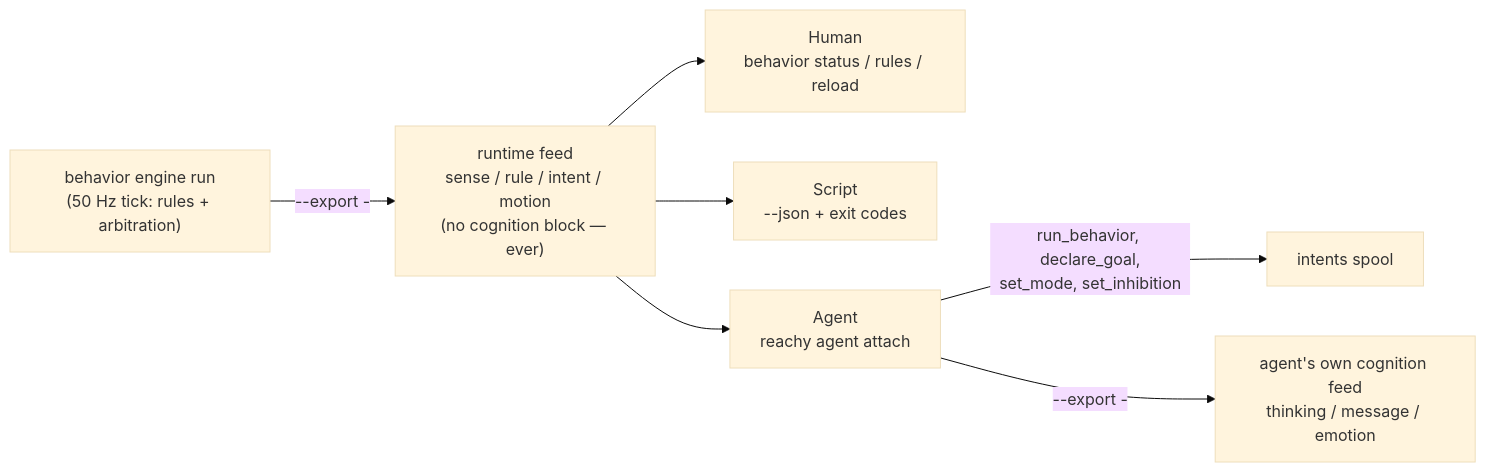
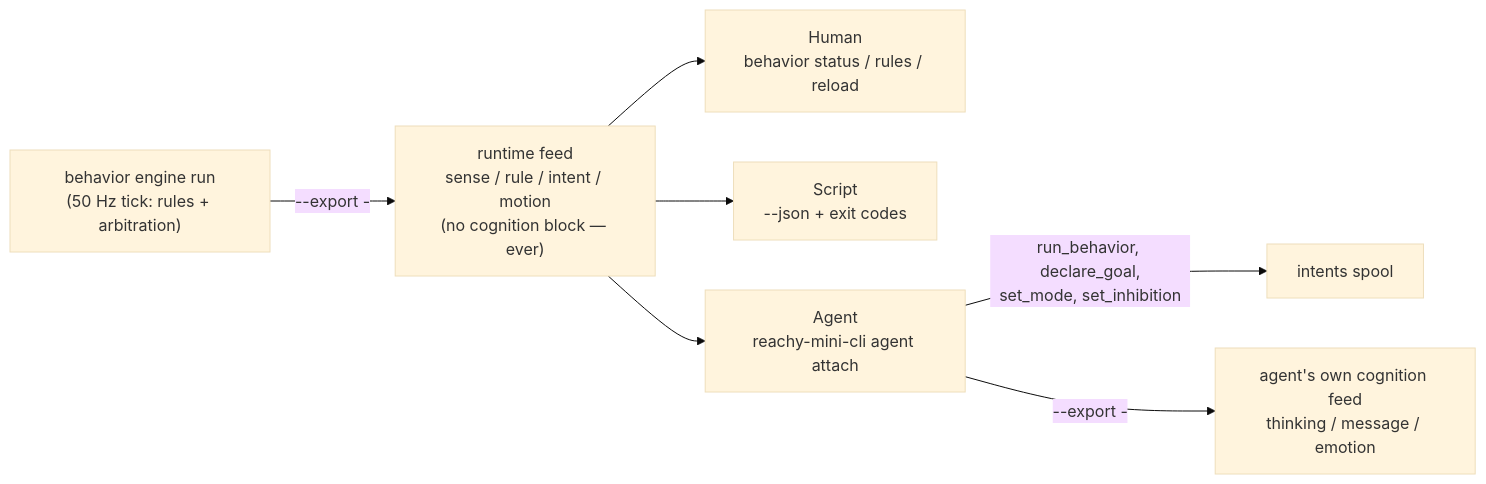
The second of 2 diagrams in docs/operating-reachy.md (agentculture/reachy-mini-cli), drawn with Mermaid (base theme) before and after one commit. The commit also changed 4 other files, not shown here.

First line of the commit message:
address qodo review: reachy-mini-cli in docs, wrap pyproject marker, seam writes state last (intents never clobbered), safe ts/tick coercion in to_runtime_event

````diff
--- a/docs/operating-reachy.md
+++ b/docs/operating-reachy.md
@@ -1263,12 +1263,12 @@
 ```mermaid
 graph LR
     TICK["behavior engine run<br/>(50 Hz tick: rules + arbitration)"]
     TICK -->|"--export -"| RFEED["runtime feed<br/>sense / rule / intent / motion<br/>(no cognition block — ever)"]
 
     RFEED --> HUMAN["Human<br/>behavior status / rules / reload"]
     RFEED --> SCRIPT["Script<br/>--json + exit codes"]
-    RFEED --> AGENT["Agent<br/>reachy agent attach"]
+    RFEED --> AGENT["Agent<br/>reachy-mini-cli agent attach"]
 
     AGENT -->|"run_behavior, declare_goal,<br/>set_mode, set_inhibition"| SPOOL["intents spool"]
     AGENT -->|"--export -"| CFEED["agent's own cognition feed<br/>thinking / message / emotion"]
 ```
````
